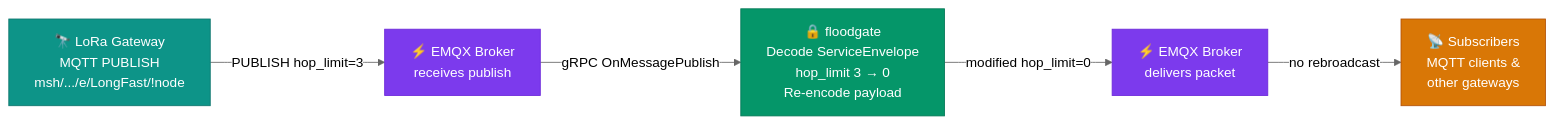
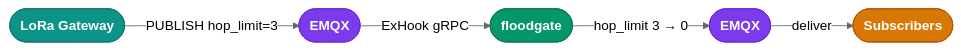
The diagram in README.md (eric-becker/floodgate), drawn with Mermaid (neutral theme) before and after one commit.

Commit message:
docs: replace Mermaid diagram with clean pill-shape layout
Remove \n line breaks from node labels (rendered as literal text on GitHub).
Use single-line pill-shaped nodes with details in arrow labels instead.

````diff
--- a/README.md
+++ b/README.md
@@ -15,23 +15,19 @@
 ```mermaid
 flowchart LR
-    GW["🔭 LoRa Gateway\nMQTT PUBLISH\nmsh/.../e/LongFast/!node"]
-    EMQX1["⚡ EMQX Broker\nreceives publish"]
-    FG["🔒 floodgate\nDecode ServiceEnvelope\nhop_limit 3 → 0\nRe-encode payload"]
-    EMQX2["⚡ EMQX Broker\ndelivers packet"]
-    SUB["📡 Subscribers\nMQTT clients &\nother gateways"]
+    GW(["LoRa Gateway"])
+    E1(["EMQX"])
+    FG(["floodgate"])
+    E2(["EMQX"])
+    SB(["Subscribers"])
 
-    GW -->|"PUBLISH  hop_limit=3"| EMQX1
-    EMQX1 -->|"gRPC OnMessagePublish"| FG
-    FG -->|"modified  hop_limit=0"| EMQX2
-    EMQX2 -->|"no rebroadcast"| SUB
+    GW -->|"PUBLISH  hop_limit=3"| E1
+    E1 -->|"ExHook  gRPC"| FG
+    FG -->|"hop_limit  3 → 0"| E2
+    E2 -->|"deliver"| SB
 
-    classDef gateway fill:#0d9488,stroke:#0f766e,color:#fff
-    classDef broker  fill:#7c3aed,stroke:#6d28d9,color:#fff
-    classDef core    fill:#059669,stroke:#047857,color:#fff
-    classDef sub     fill:#d97706,stroke:#b45309,color:#fff
-
-    class GW gateway
-    class EMQX1,EMQX2 broker
-    class FG core
-    class SUB sub
+    style GW fill:#0d9488,stroke:#0f766e,color:#ffffff,font-weight:bold
+    style E1 fill:#7c3aed,stroke:#6d28d9,color:#ffffff,font-weight:bold
+    style FG fill:#059669,stroke:#047857,color:#ffffff,font-weight:bold
+    style E2 fill:#7c3aed,stroke:#6d28d9,color:#ffffff,font-weight:bold
+    style SB fill:#d97706,stroke:#b45309,color:#ffffff,font-weight:bold
 ```
````
